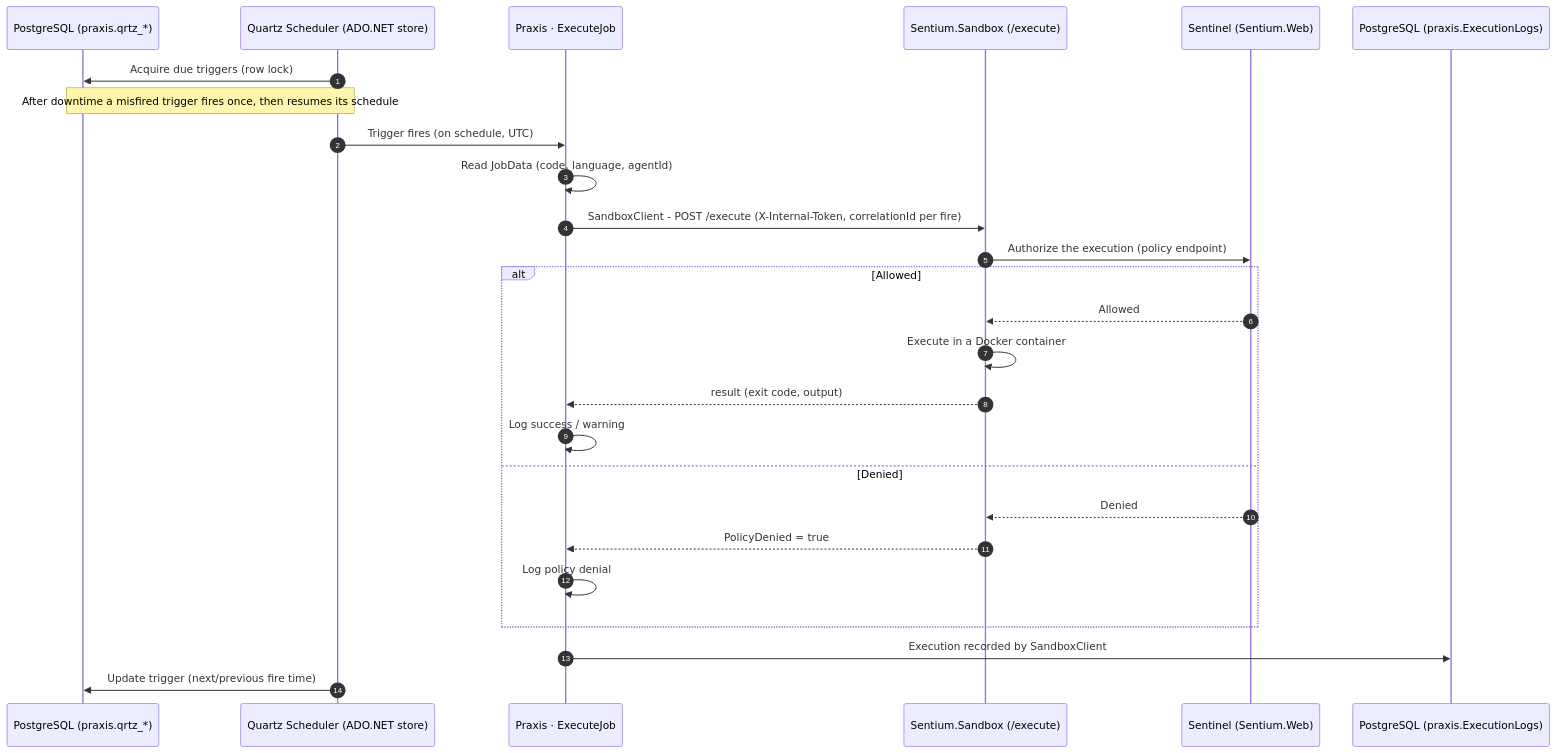
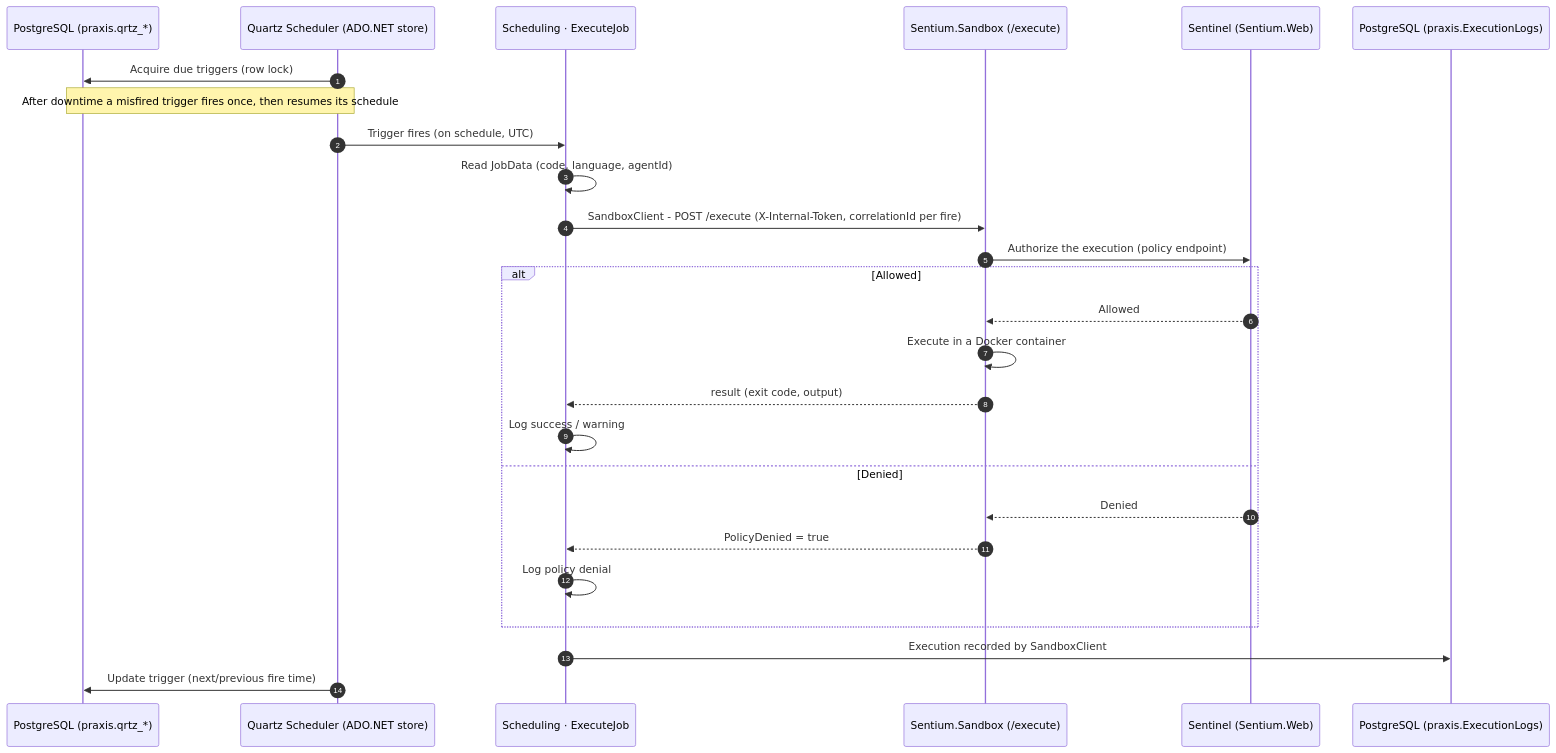
The diagram in docs/diagrams/scheduling-2-scheduled-execution.md (mihailshterev/sentium), drawn with Mermaid before and after one commit. The commit also changed 489 other files, not shown here.

````diff
--- a/docs/diagrams/scheduling-2-scheduled-execution.md
+++ b/docs/diagrams/scheduling-2-scheduled-execution.md
@@ -1,29 +1,29 @@
 ```mermaid
 sequenceDiagram
     autonumber
     participant DB as PostgreSQL (praxis.qrtz_*)
     participant SCH as Quartz Scheduler (ADO.NET store)
-    participant EJ as Praxis · ExecuteJob
+    participant EJ as Scheduling · ExecuteJob
     participant SB as Sentium.Sandbox (/execute)
     participant SE as Sentinel (Sentium.Web)
     participant LOG as PostgreSQL (praxis.ExecutionLogs)
 
     SCH->>DB: Acquire due triggers (row lock)
     Note over SCH,DB: After downtime a misfired trigger fires once, then resumes its schedule
     SCH->>EJ: Trigger fires (on schedule, UTC)
     EJ->>EJ: Read JobData (code, language, agentId)
     EJ->>SB: SandboxClient - POST /execute (X-Internal-Token, correlationId per fire)
     SB->>SE: Authorize the execution (policy endpoint)
     alt Allowed
         SE-->>SB: Allowed
         SB->>SB: Execute in a Docker container
         SB-->>EJ: result (exit code, output)
         EJ->>EJ: Log success / warning
     else Denied
         SE-->>SB: Denied
         SB-->>EJ: PolicyDenied = true
         EJ->>EJ: Log policy denial
     end
     EJ->>LOG: Execution recorded by SandboxClient
     SCH->>DB: Update trigger (next/previous fire time)
 ```
````
